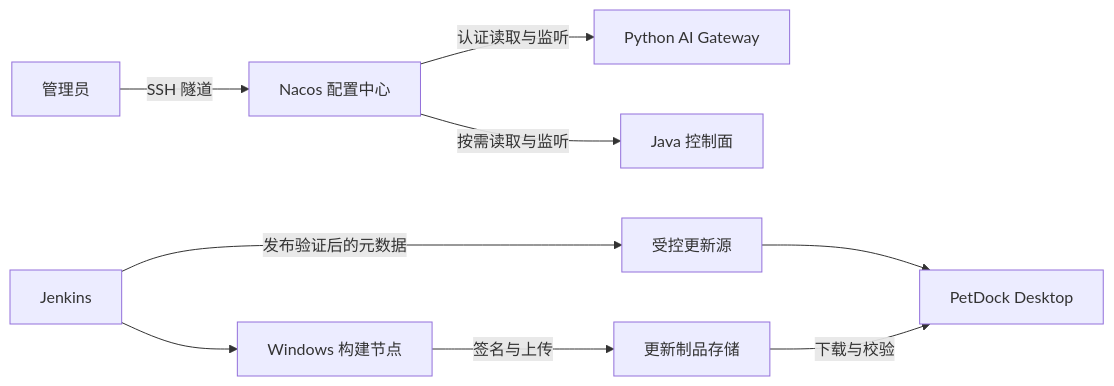
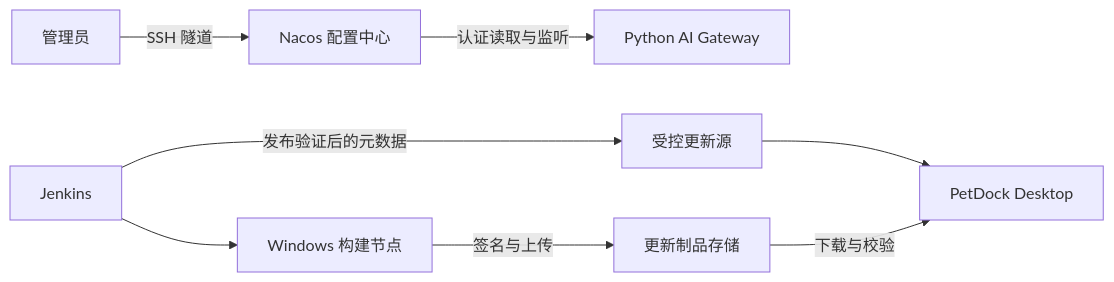
The diagram in docs/plans/NACOS_AND_DESKTOP_AUTO_UPDATE_PLAN.md (xrrii/desktop-pet), drawn with Mermaid before and after one commit. The commit also changed other lines of this file and 5 other files, not shown here.

````diff
--- a/docs/plans/NACOS_AND_DESKTOP_AUTO_UPDATE_PLAN.md
+++ b/docs/plans/NACOS_AND_DESKTOP_AUTO_UPDATE_PLAN.md
@@ -64,11 +64,10 @@
 ```mermaid
 flowchart LR
   Admin[管理员] -->|SSH 隧道| Nacos[Nacos 配置中心]
   Nacos -->|认证读取与监听| Gateway[Python AI Gateway]
-  Nacos -->|按需读取与监听| Control[Java 控制面]
   Jenkins[Jenkins] --> Win[Windows 构建节点]
   Win -->|签名与上传| Storage[更新制品存储]
   Jenkins -->|发布验证后的元数据| Feed[受控更新源]
   Feed --> Desktop[PetDock Desktop]
   Storage -->|下载与校验| Desktop
 ```
````
